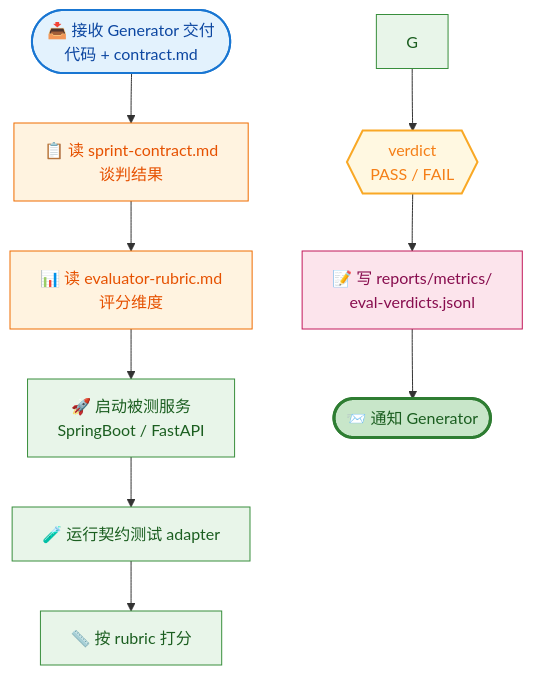
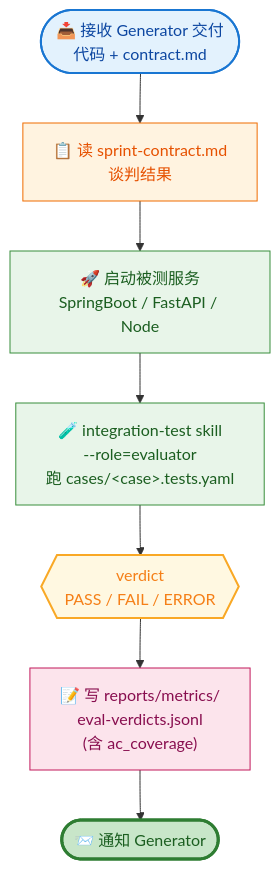
Diagram 13 of 16 in README.md (dd-xiaozhi/dev-agent-flow), drawn with Mermaid before and after one commit. The commit also changed other lines of this file and 45 other files, not shown here.

````diff
--- a/README.md
+++ b/README.md
@@ -473,25 +481,23 @@
 ```mermaid
 flowchart TD
     A([📥 接收 Generator 交付<br/>代码 + contract.md]) --> B[📋 读 sprint-contract.md<br/>谈判结果]
-    B --> C[📊 读 evaluator-rubric.md<br/>评分维度]
-    C --> D[🚀 启动被测服务<br/>SpringBoot / FastAPI]
-    D --> E[🧪 运行契约测试 adapter]
-    E --> F[📏 按 rubric 打分]
-    G --> H{{"verdict<br/>PASS / FAIL"}}
-    H --> I["📝 写 reports/metrics/<br/>eval-verdicts.jsonl"]
+    B --> D[🚀 启动被测服务<br/>SpringBoot / FastAPI / Node]
+    D --> E["🧪 integration-test skill<br/>--role=evaluator<br/>跑 cases/&lt;case&gt;.tests.yaml"]
+    E --> H{{"verdict<br/>PASS / FAIL / ERROR"}}
+    H --> I["📝 写 reports/metrics/<br/>eval-verdicts.jsonl<br/>(含 ac_coverage)"]
     I --> J([📨 通知 Generator])
 
     classDef entry fill:#e3f2fd,stroke:#1976d2,stroke-width:2px,color:#0d47a1
     classDef read fill:#fff3e0,stroke:#ef6c00,stroke-width:1px,color:#e65100
     classDef run fill:#e8f5e9,stroke:#388e3c,stroke-width:1px,color:#1b5e20
     classDef decision fill:#fff8e1,stroke:#f9a825,stroke-width:2px,color:#f57f17
     classDef store fill:#fce4ec,stroke:#c2185b,stroke-width:1px,color:#880e4f
     classDef done fill:#c8e6c9,stroke:#2e7d32,stroke-width:3px,color:#1b5e20
 
     class A entry
-    class B,C read
-    class D,E,F,G run
+    class B read
+    class D,E run
     class H decision
     class I store
     class J done
 ```
````
